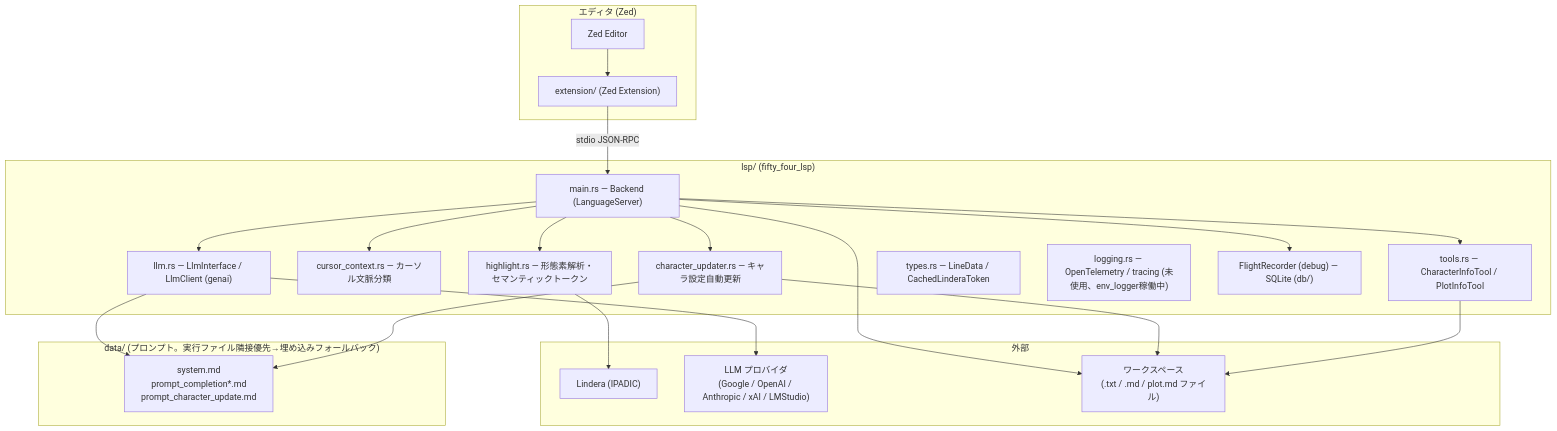
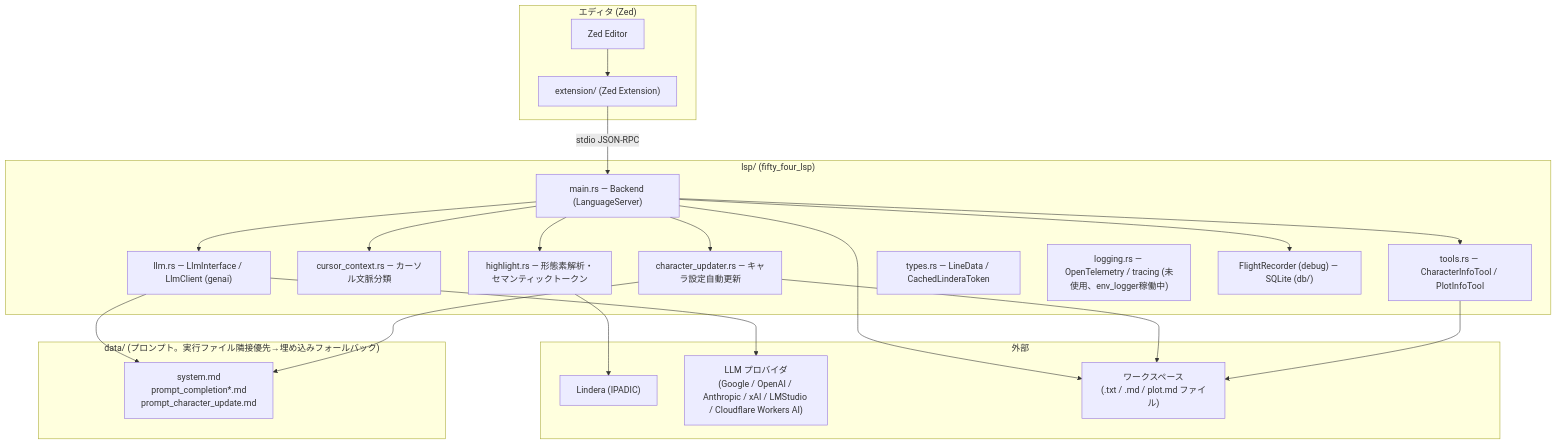
Before and after one commit to Talos208/fifty_four: the first of 2 diagrams in docs/architecture.md, drawn with Mermaid. The commit also changed other lines of this file and 2 other files, not shown here.

First line of the commit message:
feat(lsp): Cloudflare Workers AI プロバイダを追加、capability導出をモデル単位に改修

````diff
--- a/docs/architecture.md
+++ b/docs/architecture.md
@@ -5,45 +5,45 @@
 ```mermaid
 flowchart TB
     subgraph Editor["エディタ (Zed)"]
         Zed["Zed Editor"]
         Ext["extension/ (Zed Extension)"]
     end
 
     subgraph LSP["lsp/ (fifty_four_lsp)"]
         Main["main.rs — Backend (LanguageServer)"]
         HL["highlight.rs — 形態素解析・セマンティックトークン"]
         CC["cursor_context.rs — カーソル文脈分類"]
         LLM["llm.rs — LlmInterface / LlmClient (genai)"]
         CU["character_updater.rs — キャラ設定自動更新"]
         Tools["tools.rs — CharacterInfoTool / PlotInfoTool"]
         Types["types.rs — LineData / CachedLinderaToken"]
         Log["logging.rs — OpenTelemetry / tracing (未使用、env_logger稼働中)"]
         DB["FlightRecorder (debug) — SQLite (db/)"]
     end
 
     subgraph External["外部"]
         Lindera["Lindera (IPADIC)"]
-        Providers["LLM プロバイダ\n(Google / OpenAI / Anthropic / xAI / LMStudio)"]
+        Providers["LLM プロバイダ\n(Google / OpenAI / Anthropic / xAI / LMStudio / Cloudflare Workers AI)"]
         WS["ワークスペース\n(.txt / .md / plot.md ファイル)"]
     end
 
     subgraph Assets["data/ (プロンプト。実行ファイル隣接優先→埋め込みフォールバック)"]
         Prompts["system.md\nprompt_completion*.md\nprompt_character_update.md"]
     end
 
     Zed --> Ext
     Ext -->|"stdio JSON-RPC"| Main
     Main --> HL
     Main --> CC
     Main --> LLM
     Main --> CU
     Main --> Tools
     Main --> DB
     HL --> Lindera
     LLM --> Providers
     LLM --> Prompts
     CU --> Prompts
     Main --> WS
     CU --> WS
     Tools --> WS
 ```
````
